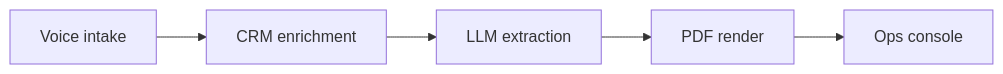
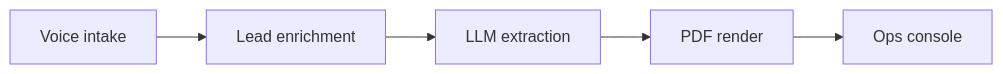
One commit to wranngle/gtm_ops changed the diagram in README.md. Above: the diagram before and after it, drawn with Mermaid. The commit also changed other lines of this file and 2 other files, not shown here.

First line of the commit message:
fix(readme): enrichment claims match lib/enrichment.ts waterfall (#241)

````diff
--- a/README.md
+++ b/README.md
@@ -35,7 +35,7 @@
 ```mermaid
 flowchart LR
-    A[Voice intake] --> B[CRM enrichment]
+    A[Voice intake] --> B[Lead enrichment]
     B --> C[LLM extraction]
     C --> D[PDF render]
     D --> E[Ops console]
 ```
````
